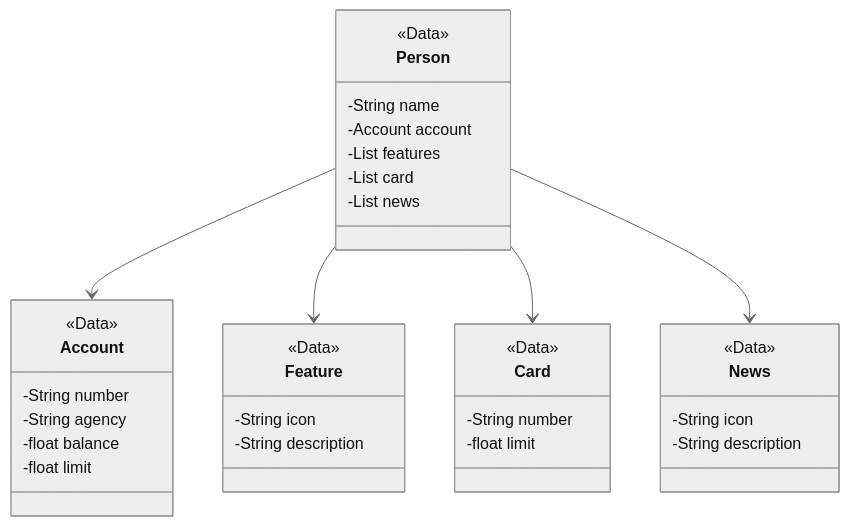
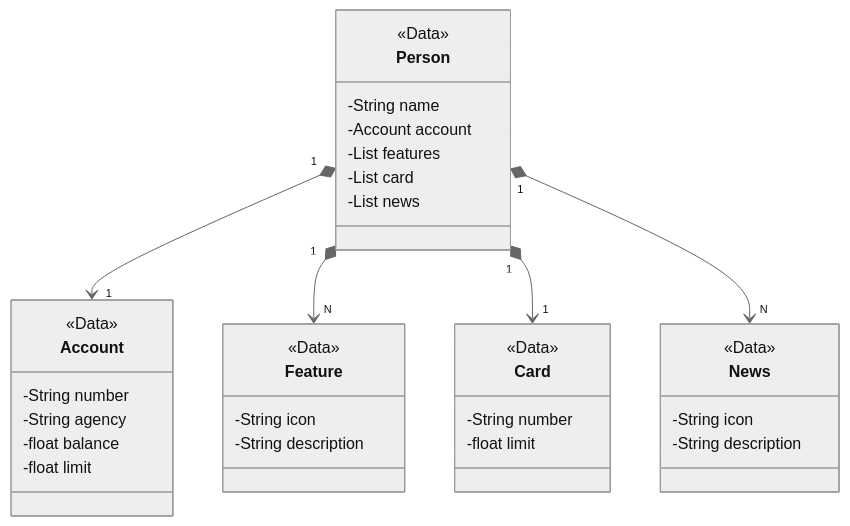
Before and after one commit to gitrodrigues1/dio-java-ai: the diagram in README.md, drawn with Mermaid (neutral theme). The commit also changed other lines of this file, not shown here.

````diff
--- a/README.md
+++ b/README.md
@@ -18,38 +13,38 @@
 ``` mermaid
 classDiagram
     class Person {
         <<Data>>
         -String name
         -Account account
         -List<Feature> features
         -List<Card> card
         -List<News> news
     }
     class Account {
         <<Data>>
         -String number
         -String agency
         -float balance
         -float limit
     }
     class Feature {
         <<Data>>
         -String icon
         -String description
     }
     class Card {
         <<Data>>
         -String number
         -float limit
     }
     class News {
         <<Data>>
         -String icon
         -String description
     }
 
-    Person --> Account
-    Person --> Feature
-    Person --> Card
-    Person --> News
+    Person "1" *--> "1" Account
+    Person "1" *--> "N" Feature
+    Person "1" *--> "1" Card
+    Person "1" *--> "N" News
 ```
````
